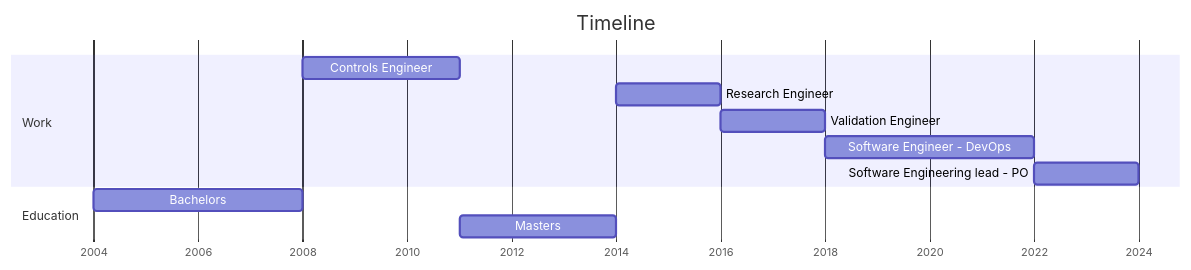
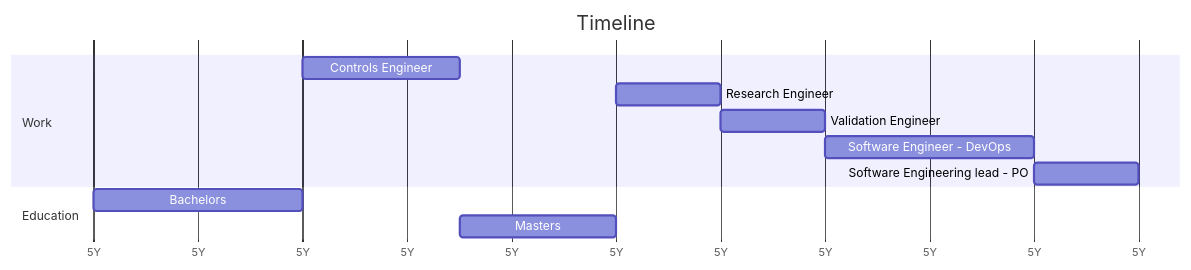
One commit to kar-ven/kar-ven.github.io changed the diagram in README.md. Above: the diagram before and after it, drawn with Mermaid. The commit also changed other lines of this file, not shown here.

Commit message:
update CV gantt

```diff
--- a/README.md
+++ b/README.md
@@ -3,16 +3,15 @@
 <pre class="mermaid">
 gantt
     title Timeline
     dateFormat YYYY
-    axisFormat %Y
-    tickInterval 5years
+    axisFormat %5Y
     section Work
     Controls Engineer              :2008, 2011
     Research Engineer              :2014, 2016
     Validation Engineer            :2016, 2018
     Software Engineer - DevOps     :2018, 2022
     Software Engineering lead - PO :2022, 2024
     Section Education
     Bachelors                      :2004, 2008
     Masters                        :2011, 2014
 </pre>
```
